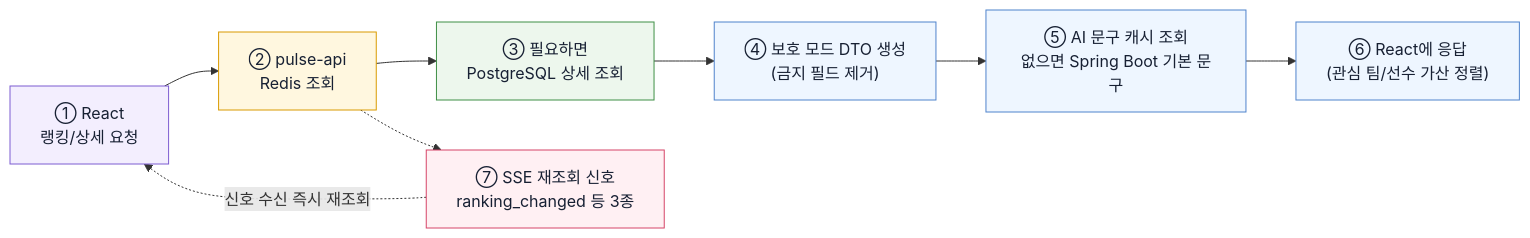
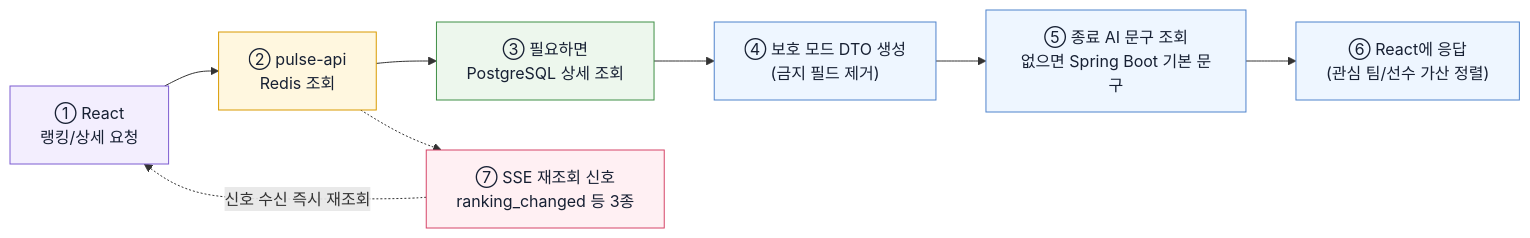
The third of 3 diagrams in docs/design/DATA_PIPELINE.md (team-pulse-mlb/pulse-project), drawn with Mermaid before and after one commit. The commit also changed other lines of this file and 14 other files, not shown here.

````diff
--- a/docs/design/DATA_PIPELINE.md
+++ b/docs/design/DATA_PIPELINE.md
@@ -109,22 +109,22 @@
 ```mermaid
 flowchart LR
     classDef fe fill:#f3eefe,stroke:#7c5cd1,color:#172033
     classDef app fill:#eef6ff,stroke:#4f83cc,color:#172033
     classDef mw fill:#fff7df,stroke:#d99a00,color:#172033
     classDef store fill:#edf7ed,stroke:#3f8f46,color:#172033
     classDef signal fill:#fff0f3,stroke:#d64568,color:#172033
 
     A["① React<br/>랭킹/상세 요청"] --> B["② pulse-api<br/>Redis 조회"]
     B --> C["③ 필요하면<br/>PostgreSQL 상세 조회"]
     C --> D["④ 보호 모드 DTO 생성<br/>(금지 필드 제거)"]
-    D --> E["⑤ AI 문구 캐시 조회<br/>없으면 Spring Boot 기본 문구"]
+    D --> E["⑤ 종료 AI 문구 조회<br/>없으면 Spring Boot 기본 문구"]
     E --> F["⑥ React에 응답<br/>(관심 팀/선수 가산 정렬)"]
     B -.-> G["⑦ SSE 재조회 신호<br/>ranking_changed 등 3종"]
     G -.->|"신호 수신 즉시 재조회"| A
 
     class A fe
     class B mw
     class C store
     class D,E,F app
     class G signal
 ```
````
